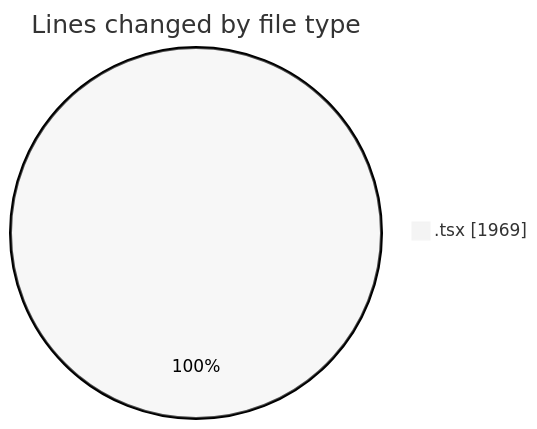
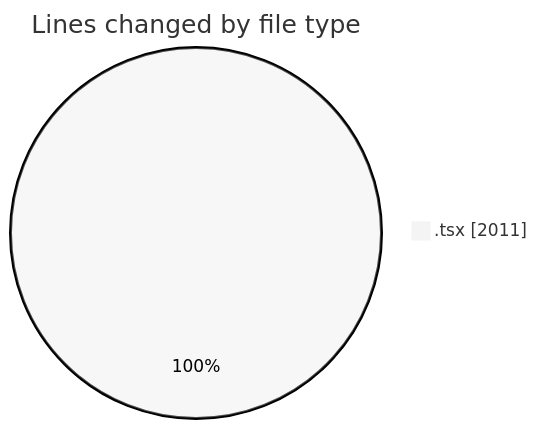
One commit to nxtqubesakshisongat/code-tracking changed the first of 2 diagrams in 2026-03-22/nxtqube_webapp/README.md. Above: the diagram before and after it, drawn with Mermaid (neutral theme). The commit also changed other lines of this file and 1 other file, not shown here.

````diff
--- a/2026-03-22/nxtqube_webapp/README.md
+++ b/2026-03-22/nxtqube_webapp/README.md
@@ -22,5 +22,5 @@
 ```mermaid
 pie showData
 title Lines changed by file type
-".tsx" : 1969
+".tsx" : 2011
 ```
````
